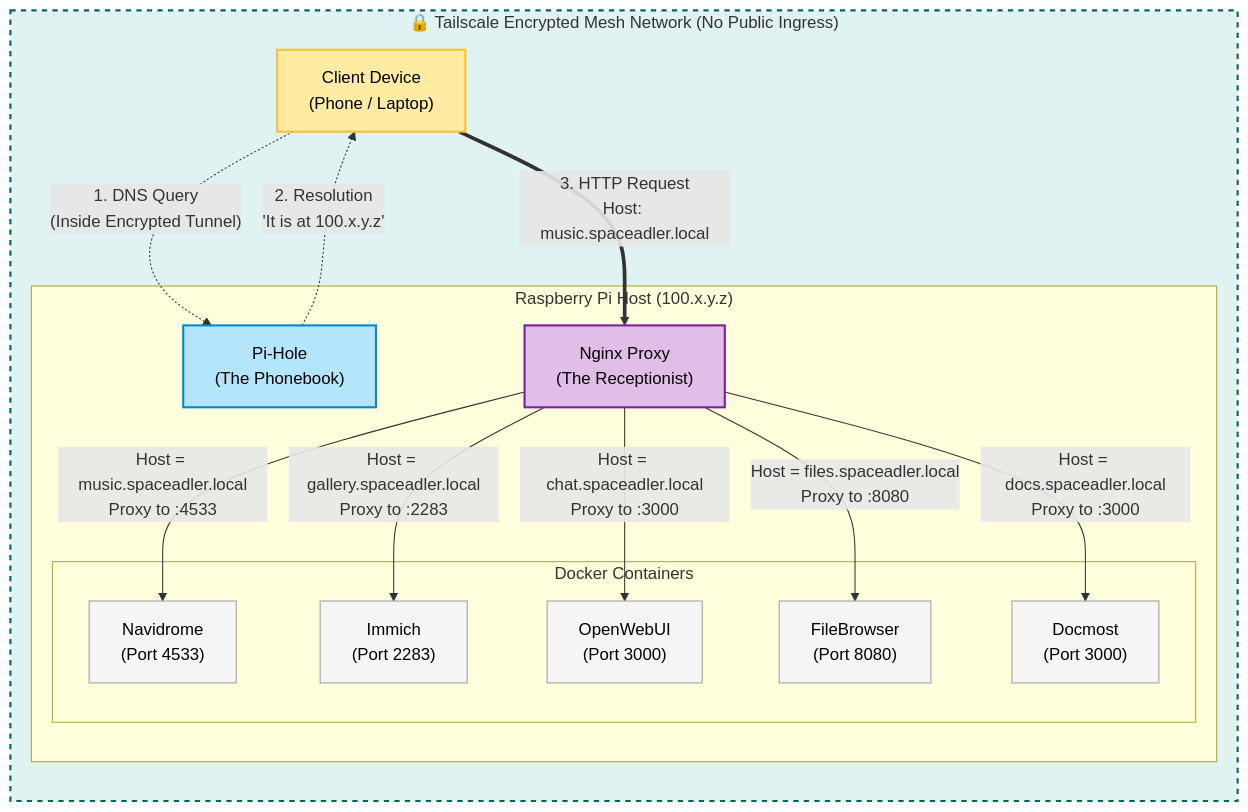
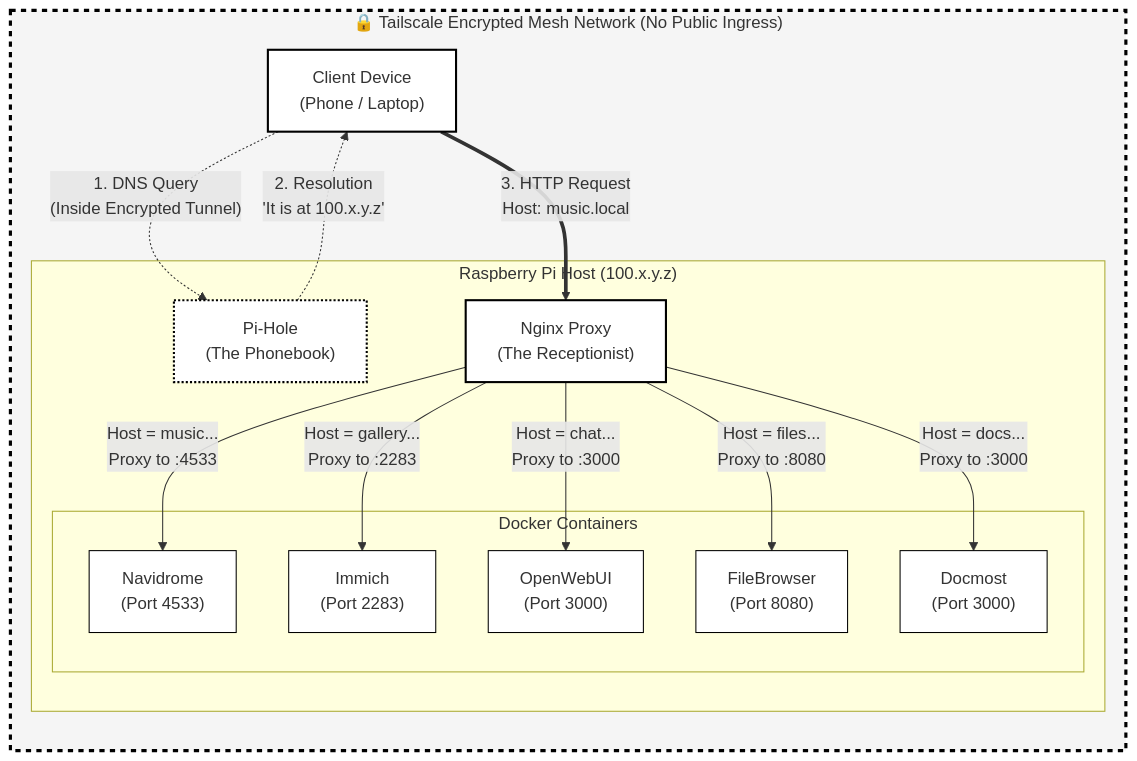
One commit to spaceadler/homelab changed the diagram in README.md. Above: the diagram before and after it, drawn with Mermaid.

````diff
--- a/README.md
+++ b/README.md
@@ -55,50 +55,52 @@
 ```mermaid
 graph TD
     %% STYLING
-    classDef client fill:#ffeba1,stroke:#fbc02d,stroke-width:2px,color:#000;
-    classDef dns fill:#b3e5fc,stroke:#0288d1,stroke-width:2px,color:#000;
-    classDef proxy fill:#e1bee7,stroke:#7b1fa2,stroke-width:2px,color:#000;
-    classDef service fill:#f5f5f5,stroke:#9e9e9e,stroke-width:1px,color:#000;
-    classDef mesh fill:#e0f2f1,stroke:#00695c,stroke-width:2px,stroke-dasharray: 5 5;
+    classDef client fill:#ffffff,stroke:#000000,stroke-width:2px;
+    classDef dns fill:#ffffff,stroke:#000000,stroke-width:2px,stroke-dasharray: 2 2;
+    classDef proxy fill:#ffffff,stroke:#000000,stroke-width:2px;
+    classDef service fill:#ffffff,stroke:#000000,stroke-width:1px;
+    
+    %% THE BLACK MESH STYLE
+    classDef mesh fill:#f5f5f5,stroke:#000000,stroke-width:3px,stroke-dasharray: 5 5;
 
     %% --- THE SECURE BOX ---
     subgraph Mesh ["🔒 Tailscale Encrypted Mesh Network (No Public Ingress)"]
         direction TB
         
         %% NODES
         User["Client Device<br/>(Phone / Laptop)"]:::client
         
         subgraph Host [" Raspberry Pi Host (100.x.y.z) "]
             
             PiHole["Pi-Hole<br/>(The Phonebook)"]:::dns
             Nginx["Nginx Proxy<br/>(The Receptionist)"]:::proxy
             
             subgraph Containers [" Docker Containers "]
                 Music["Navidrome<br/>(Port 4533)"]:::service
                 Immich["Immich<br/>(Port 2283)"]:::service
                 AI["OpenWebUI<br/>(Port 3000)"]:::service
                 Files["FileBrowser<br/>(Port 8080)"]:::service
                 Docs["Docmost<br/>(Port 3000)"]:::service
             end
         end
     end
 
     %% LOGIC FLOW
     
     %% Step 1: DNS
     User -.->|"1. DNS Query<br/>(Inside Encrypted Tunnel)"| PiHole
     PiHole -.->|"2. Resolution<br/>'It is at 100.x.y.z'"| User
 
     %% Step 2: Traffic
-    User ==>|"3. HTTP Request<br/>Host: music.spaceadler.local"| Nginx
+    User ==>|"3. HTTP Request<br/>Host: music.local"| Nginx
 
     %% Step 3: Routing
-    Nginx -->|"Host = music.spaceadler.local<br/>Proxy to :4533"| Music
-    Nginx -->|"Host = gallery.spaceadler.local<br/>Proxy to :2283"| Immich
-    Nginx -->|"Host = chat.spaceadler.local<br/>Proxy to :3000"| AI
-    Nginx -->|"Host = files.spaceadler.local<br/>Proxy to :8080"| Files
-    Nginx -->|"Host = docs.spaceadler.local<br/>Proxy to :3000"| Docs
+    Nginx -->|"Host = music...<br/>Proxy to :4533"| Music
+    Nginx -->|"Host = gallery...<br/>Proxy to :2283"| Immich
+    Nginx -->|"Host = chat...<br/>Proxy to :3000"| AI
+    Nginx -->|"Host = files...<br/>Proxy to :8080"| Files
+    Nginx -->|"Host = docs...<br/>Proxy to :3000"| Docs
 
     %% Apply Mesh Style
     class Mesh mesh;
 ```
````
